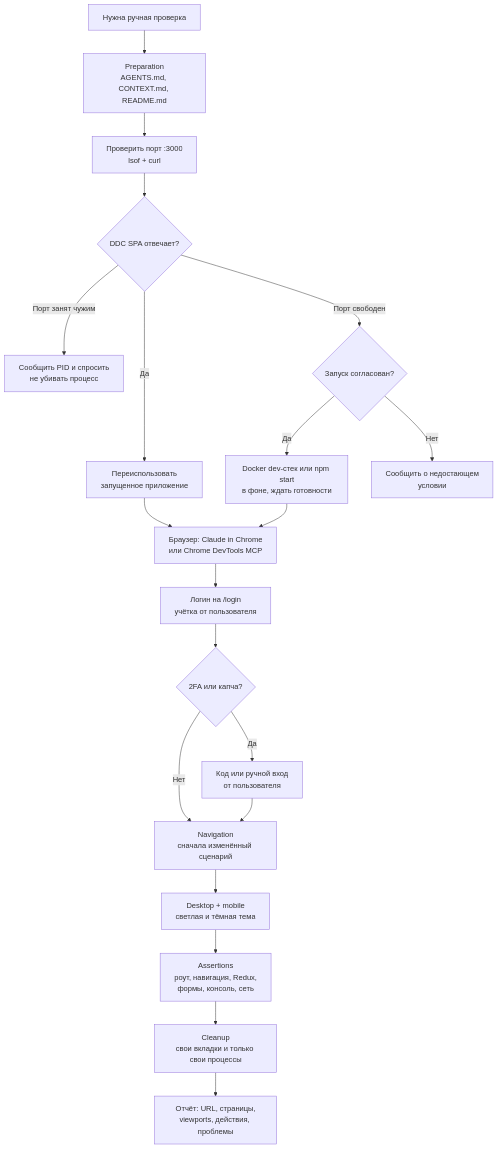
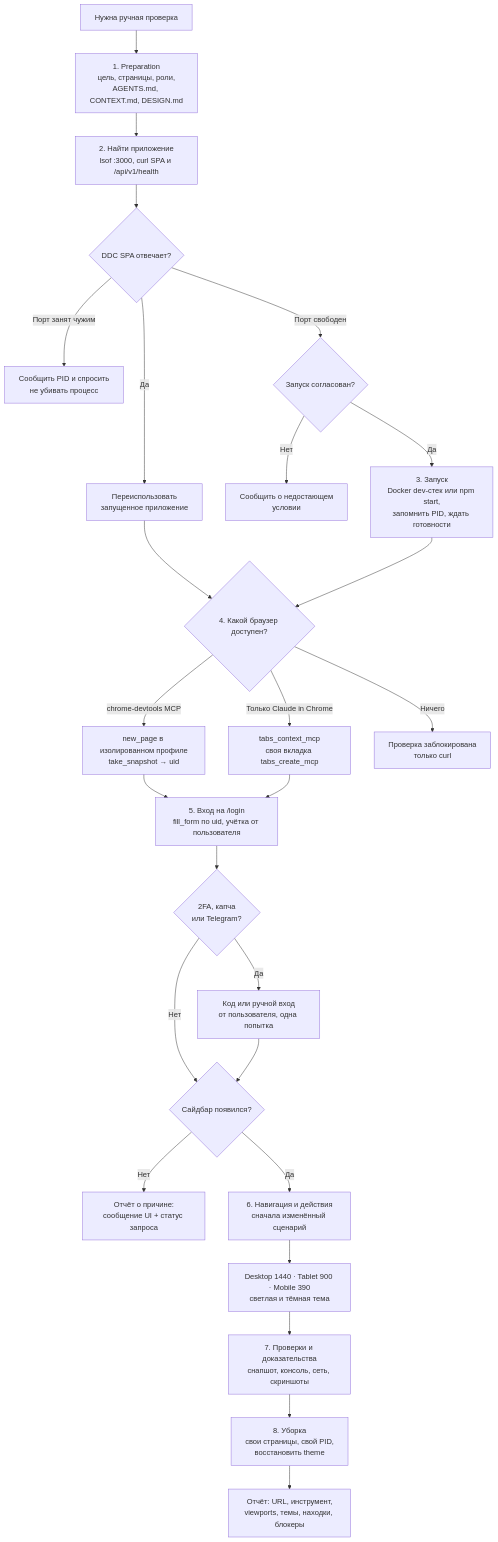
Before and after one commit to Myrhoiazov/ddc-nl-crm: the diagram in .agents/skills/manual-automation/README.md, drawn with Mermaid. The commit also changed other lines of this file and 2 other files, not shown here.

First line of the commit message:
feat(agents): connect manual-automation to Chrome DevTools MCP

````diff
--- a/.agents/skills/manual-automation/README.md
+++ b/.agents/skills/manual-automation/README.md
@@ -30,22 +103,28 @@
 ```mermaid
 graph TD
-    Start["Нужна ручная проверка"] --> Prep["Preparation<br/>AGENTS.md, CONTEXT.md, README.md"]
-    Prep --> Probe["Проверить порт :3000<br/>lsof + curl"]
+    Start["Нужна ручная проверка"] --> Prep["1. Preparation<br/>цель, страницы, роли,<br/>AGENTS.md, CONTEXT.md, DESIGN.md"]
+    Prep --> Probe["2. Найти приложение<br/>lsof :3000, curl SPA и /api/v1/health"]
     Probe --> Running{"DDC SPA отвечает?"}
     Running -- "Да" --> Reuse["Переиспользовать<br/>запущенное приложение"]
     Running -- "Порт занят чужим" --> Conflict["Сообщить PID и спросить<br/>не убивать процесс"]
     Running -- "Порт свободен" --> Agreed{"Запуск согласован?"}
-    Agreed -- "Да" --> Launch["Docker dev-стек или npm start<br/>в фоне, ждать готовности"]
     Agreed -- "Нет" --> Missing["Сообщить о недостающем<br/>условии"]
-    Reuse --> Tools["Браузер: Claude in Chrome<br/>или Chrome DevTools MCP"]
-    Launch --> Tools
-    Tools --> Login["Логин на /login<br/>учётка от пользователя"]
-    Login --> Challenge{"2FA или капча?"}
-    Challenge -- "Да" --> AskUser["Код или ручной вход<br/>от пользователя"]
-    Challenge -- "Нет" --> Nav["Navigation<br/>сначала изменённый сценарий"]
-    AskUser --> Nav
-    Nav --> Viewports["Desktop + mobile<br/>светлая и тёмная тема"]
-    Viewports --> Assert["Assertions<br/>роут, навигация, Redux,<br/>формы, консоль, сеть"]
-    Assert --> Cleanup["Cleanup<br/>свои вкладки и только свои процессы"]
-    Cleanup --> Report["Отчёт: URL, страницы,<br/>viewports, действия, проблемы"]
+    Agreed -- "Да" --> Launch["3. Запуск<br/>Docker dev-стек или npm start,<br/>запомнить PID, ждать готовности"]
+    Reuse --> Tool{"4. Какой браузер доступен?"}
+    Launch --> Tool
+    Tool -- "chrome-devtools MCP" --> CDP["new_page в изолированном профиле<br/>take_snapshot → uid"]
+    Tool -- "Только Claude in Chrome" --> CiC["tabs_context_mcp<br/>своя вкладка tabs_create_mcp"]
+    Tool -- "Ничего" --> Blocked["Проверка заблокирована<br/>только curl"]
+    CDP --> Login["5. Вход на /login<br/>fill_form по uid, учётка от пользователя"]
+    CiC --> Login
+    Login --> Challenge{"2FA, капча<br/>или Telegram?"}
+    Challenge -- "Да" --> AskUser["Код или ручной вход<br/>от пользователя, одна попытка"]
+    Challenge -- "Нет" --> Verified{"Сайдбар появился?"}
+    AskUser --> Verified
+    Verified -- "Нет" --> LoginFail["Отчёт о причине:<br/>сообщение UI + статус запроса"]
+    Verified -- "Да" --> Nav["6. Навигация и действия<br/>сначала изменённый сценарий"]
+    Nav --> Matrix["Desktop 1440 · Tablet 900 · Mobile 390<br/>светлая и тёмная тема"]
+    Matrix --> Assert["7. Проверки и доказательства<br/>снапшот, консоль, сеть, скриншоты"]
+    Assert --> Cleanup["8. Уборка<br/>свои страницы, свой PID,<br/>восстановить theme"]
+    Cleanup --> Report["Отчёт: URL, инструмент,<br/>viewports, темы, находки, блокеры"]
 ```
````
